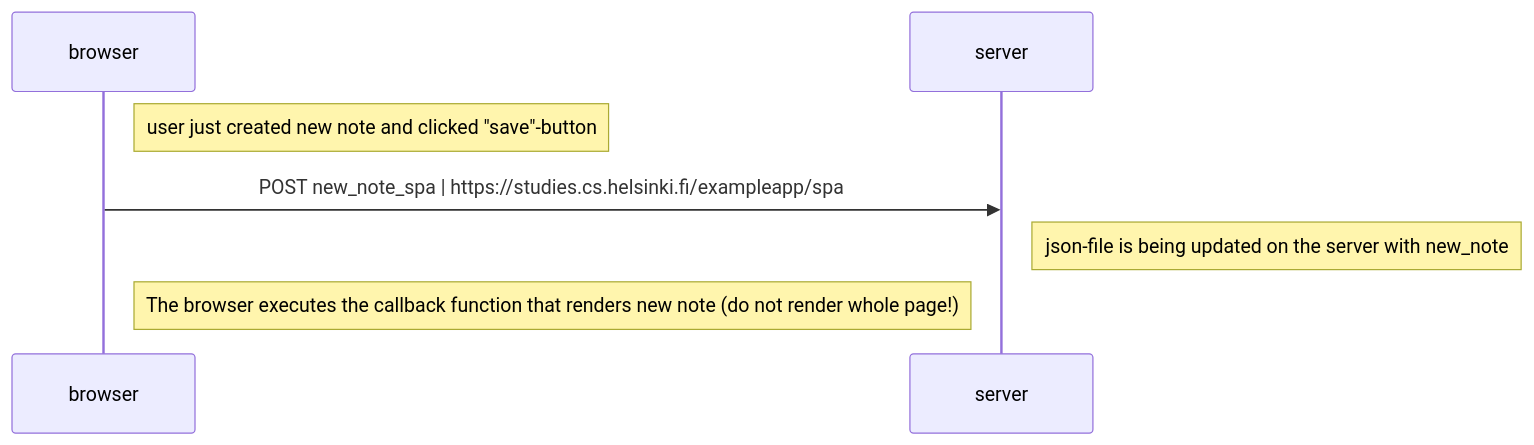
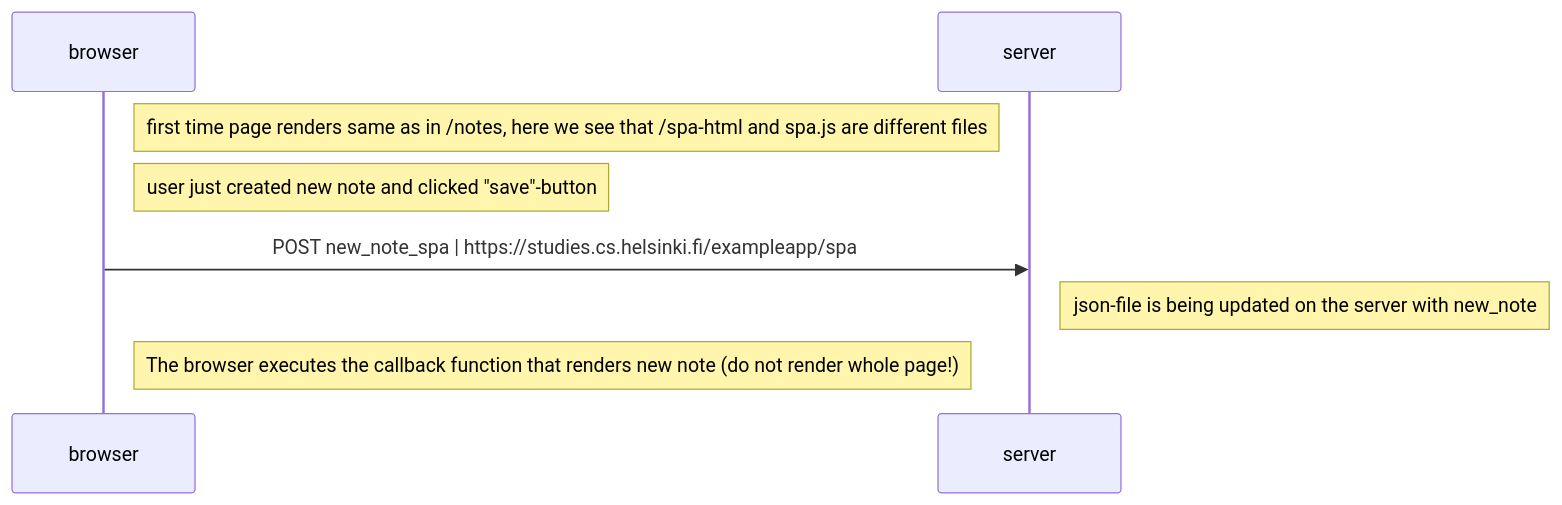
Before and after one commit to keranenkirill/FullStack: the diagram in osa0/0_5/sekvenssikaavio.md, drawn with Mermaid.

Commit message:
osa0: T5 ja T6 samassa

````diff
--- a/osa0/0_5/sekvenssikaavio.md
+++ b/osa0/0_5/sekvenssikaavio.md
@@ -1,12 +1,14 @@
 ```mermaid
 sequenceDiagram
     participant browser
     participant server
+
+    note right of browser: first time page renders same as in /notes, here we see that /spa-html and spa.js are different files
 
     Note right of browser: user just created new note and clicked "save"-button
     browser->>server: POST new_note_spa | https://studies.cs.helsinki.fi/exampleapp/spa
     Note right of server: json-file is being updated on the server with new_note
 
 
     Note right of browser: The browser executes the callback function that renders new note (do not render whole page!)
 ```
````
